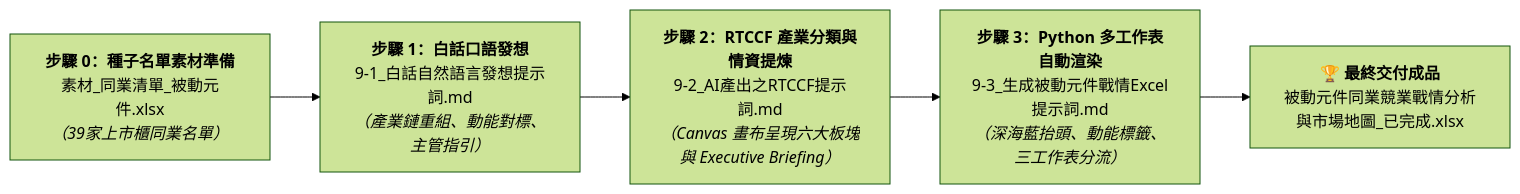
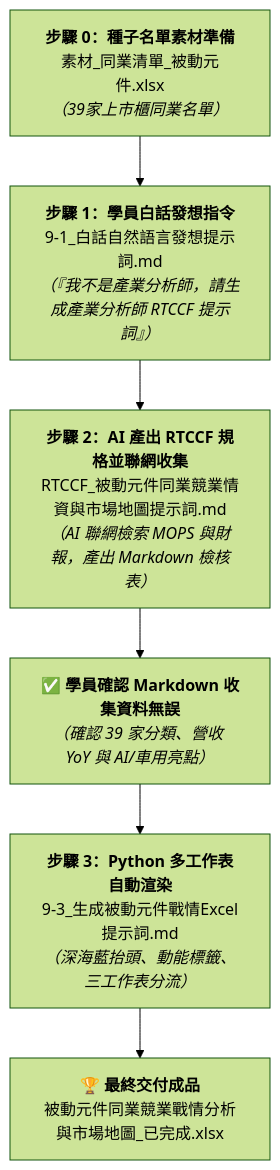
The diagram in 常見的AI應用/實戰範例/電子同業競業情資矩陣與市場地圖自動化/README.md (roberthsu2003/workflow-productivity), drawn with Mermaid (forest theme) before and after one commit. The commit also changed other lines of this file and 3 other files, not shown here.

````diff
--- a/常見的AI應用/實戰範例/電子同業競業情資矩陣與市場地圖自動化/README.md
+++ b/常見的AI應用/實戰範例/電子同業競業情資矩陣與市場地圖自動化/README.md
@@ -86,7 +86,8 @@
 ```mermaid
-flowchart LR
-    Step0["<b>步驟 0：種子名單素材準備</b><br/>素材_同業清單_被動元件.xlsx<br/><i>（39家上市櫃同業名單）</i>"] --> Step1["<b>步驟 1：白話口語發想</b><br/>9-1_白話自然語言發想提示詞.md<br/><i>（產業鏈重組、動能對標、主管指引）</i>"]
-    Step1 --> Step2["<b>步驟 2：RTCCF 產業分類與情資提煉</b><br/>9-2_AI產出之RTCCF提示詞.md<br/><i>（Canvas 畫布呈現六大板塊與 Executive Briefing）</i>"]
-    Step2 --> Step3["<b>步驟 3：Python 多工作表自動渲染</b><br/>9-3_生成被動元件戰情Excel提示詞.md<br/><i>（深海藍抬頭、動能標籤、三工作表分流）</i>"]
+flowchart TD
+    Step0["<b>步驟 0：種子名單素材準備</b><br/>素材_同業清單_被動元件.xlsx<br/><i>（39家上市櫃同業名單）</i>"] --> Step1["<b>步驟 1：學員白話發想指令</b><br/>9-1_白話自然語言發想提示詞.md<br/><i>（『我不是產業分析師，請生成產業分析師 RTCCF 提示詞』）</i>"]
+    Step1 --> Step2["<b>步驟 2：AI 產出 RTCCF 規格並聯網收集</b><br/>RTCCF_被動元件同業競業情資與市場地圖提示詞.md<br/><i>（AI 聯網檢索 MOPS 與財報，產出 Markdown 檢核表）</i>"]
+    Step2 --> CheckMD["✅ <b>學員確認 Markdown 收集資料無誤</b><br/><i>（確認 39 家分類、營收 YoY 與 AI/車用亮點）</i>"]
+    CheckMD --> Step3["<b>步驟 3：Python 多工作表自動渲染</b><br/>9-3_生成被動元件戰情Excel提示詞.md<br/><i>（深海藍抬頭、動能標籤、三工作表分流）</i>"]
     Step3 --> Finish["🏆 <b>最終交付成品</b><br/>被動元件同業競業戰情分析與市場地圖_已完成.xlsx"]
 ```
````
